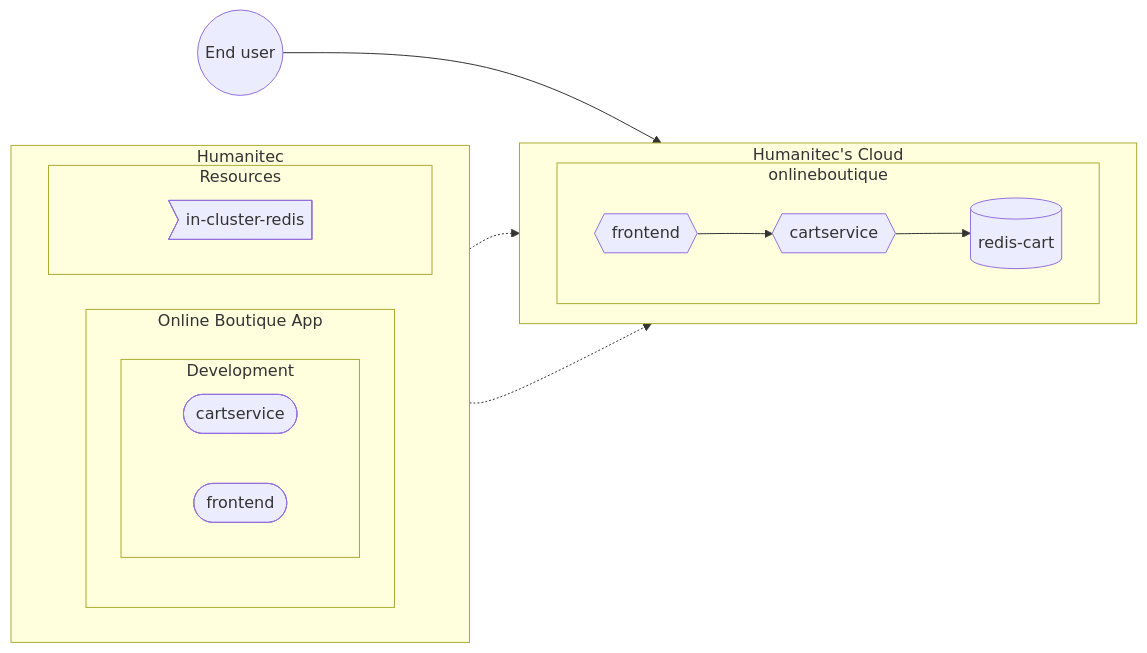
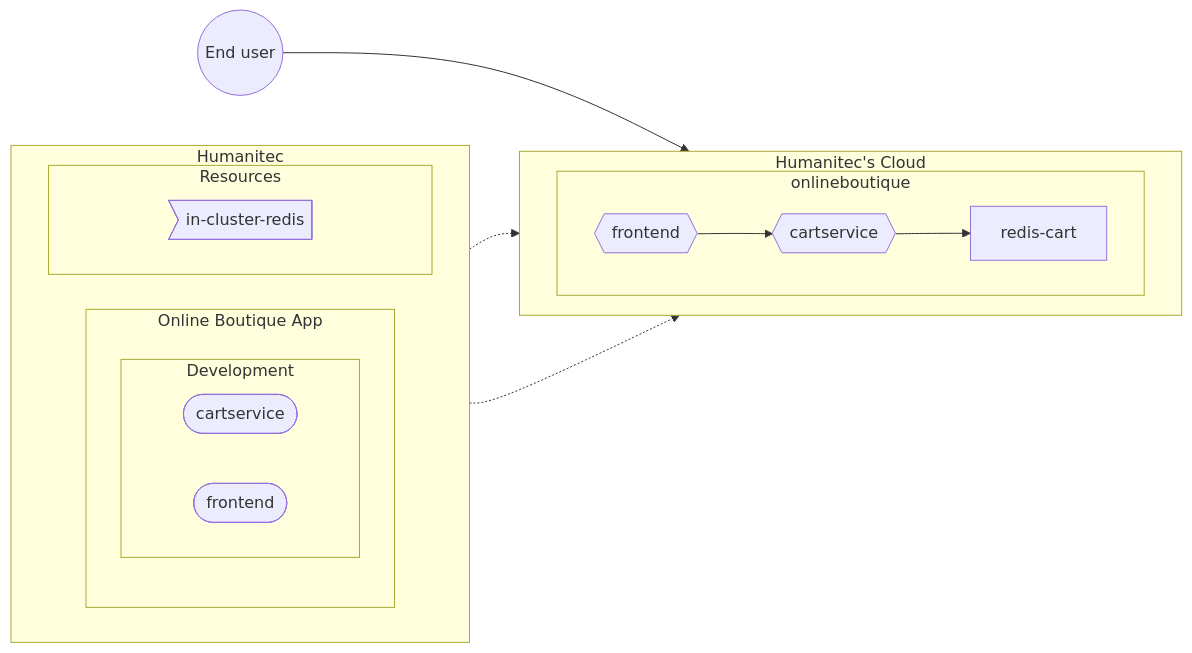
One commit to Humanitec-DemoOrg/onlineboutique-demo changed the diagram in README.md. Above: the diagram before and after it, drawn with Mermaid. The commit also changed 1 other file, not shown here.

Commit message:
GCP mermaid graph

````diff
--- a/README.md
+++ b/README.md
@@ -17,26 +17,26 @@
 ```mermaid
 flowchart LR
   subgraph Humanitec
     direction LR
     subgraph onlineboutique-app [Online Boutique App]
         subgraph Development
           direction LR
           cartservice-workload([cartservice])
           frontend-workload([frontend])
         end
     end
     subgraph Resources
         in-cluster-redis>in-cluster-redis]
     end
   end
   subgraph cloud [Humanitec's Cloud]
       direction LR
       subgraph onlineboutique
           frontend{{frontend}}-->cartservice{{cartservice}}
-          cartservice-->redis-cart-db[(redis-cart)]
+          cartservice-->redis-cart
       end
   end
   onlineboutique-app-.->onlineboutique
-  in-cluster-redis-.->redis-cart-db
+  in-cluster-redis-.->redis-cart
   enduser((End user))-->frontend
 ```
````
